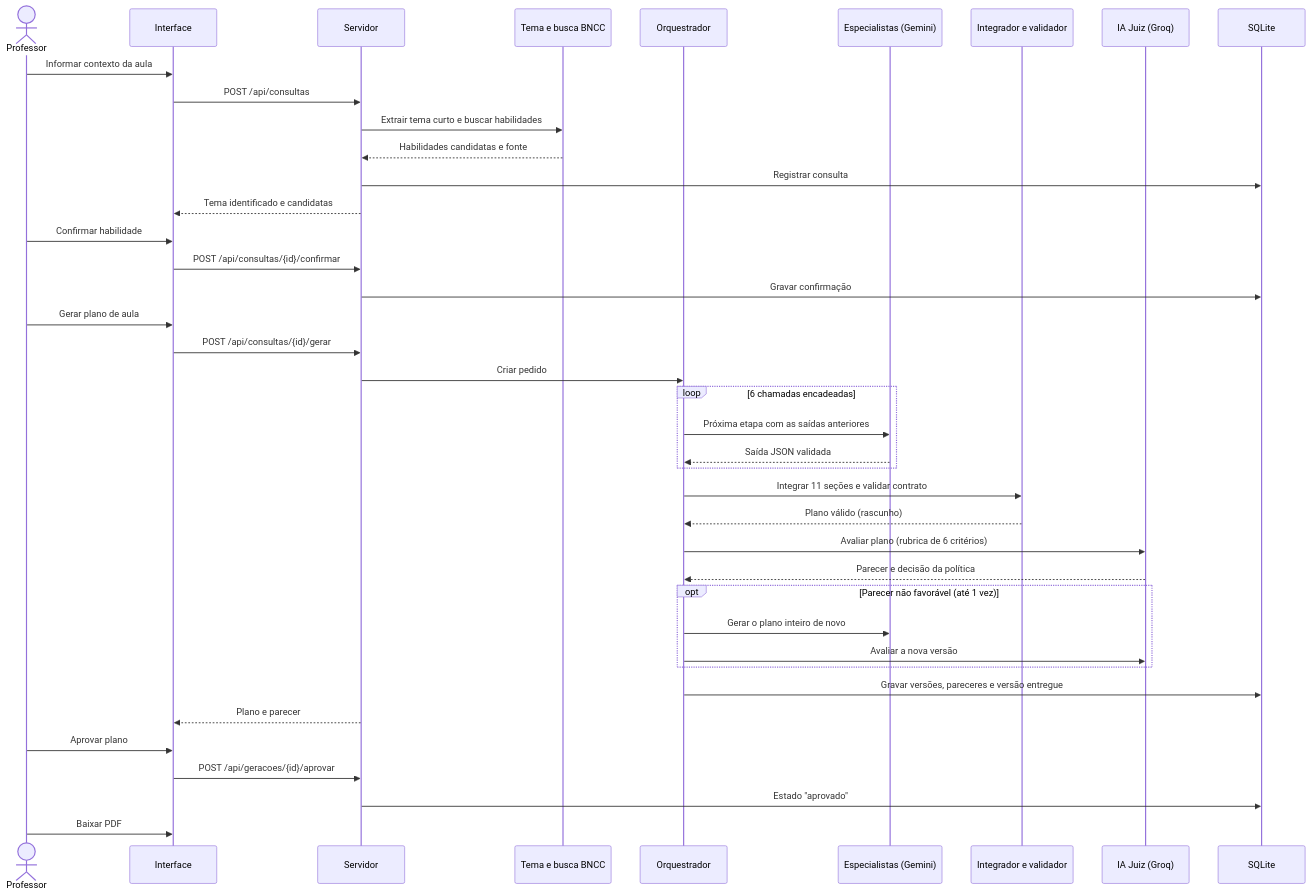
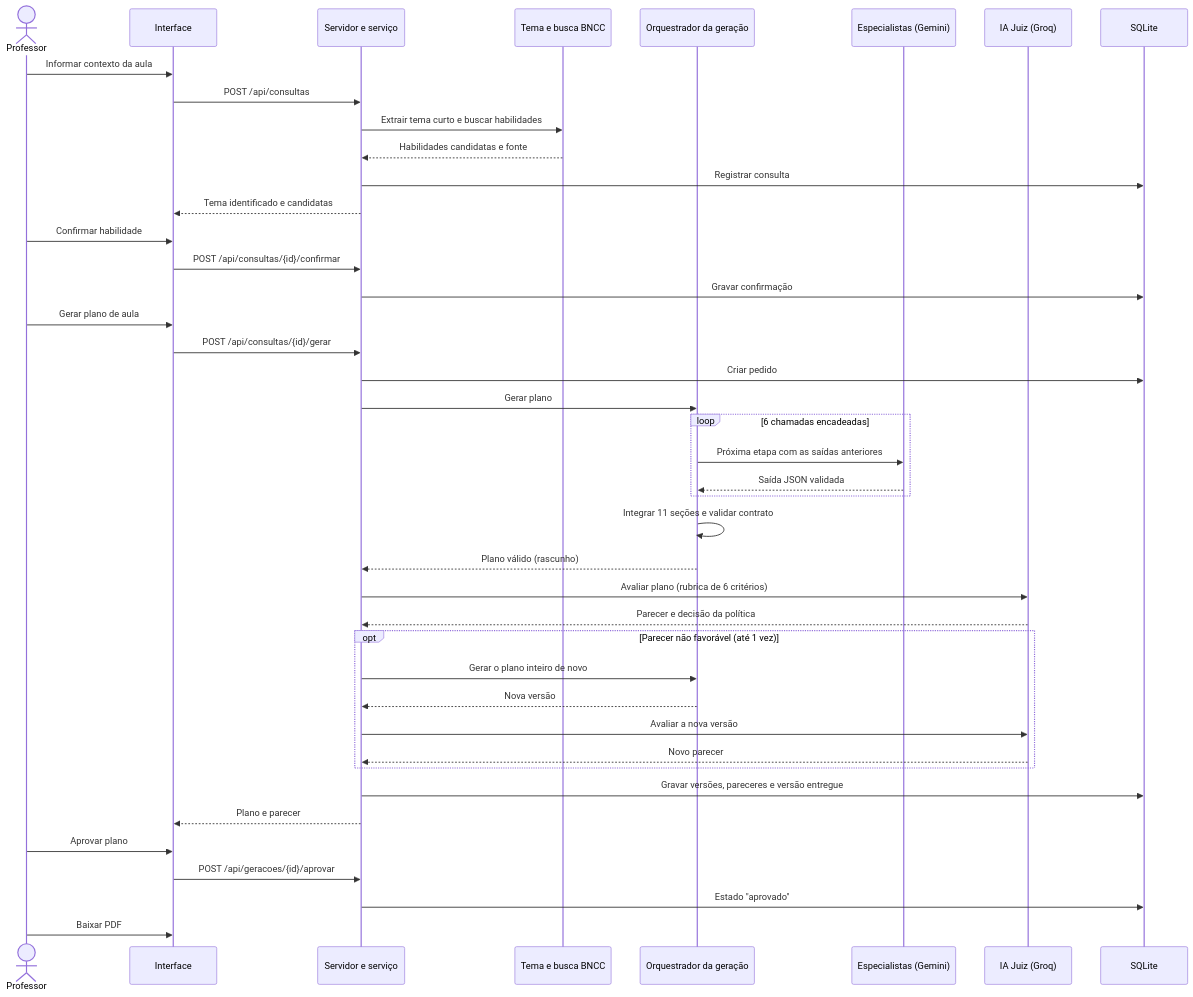
Before and after one commit to Carneiro-Joao/tcc-plataforma-multiagente: the diagram in docs/diagramas/final/sequencia.mmd, drawn with Mermaid. The commit also changed 3 other files, not shown here.

First line of the commit message:
docs(diagramas): sequencia com servico chamando a IA Juiz, coerente com o codigo e o diagrama de componentes

```diff
--- a/docs/diagramas/final/sequencia.mmd
+++ b/docs/diagramas/final/sequencia.mmd
@@ -1,40 +1,42 @@
 sequenceDiagram
     actor P as Professor
     participant UI as Interface
-    participant API as Servidor
+    participant SV as Servidor e serviço
     participant BUS as Tema e busca BNCC
-    participant ORQ as Orquestrador
+    participant ORQ as Orquestrador da geração
     participant ESP as Especialistas (Gemini)
-    participant VAL as Integrador e validador
     participant J as IA Juiz (Groq)
     participant DB as SQLite
     P->>UI: Informar contexto da aula
-    UI->>API: POST /api/consultas
-    API->>BUS: Extrair tema curto e buscar habilidades
-    BUS-->>API: Habilidades candidatas e fonte
-    API->>DB: Registrar consulta
-    API-->>UI: Tema identificado e candidatas
+    UI->>SV: POST /api/consultas
+    SV->>BUS: Extrair tema curto e buscar habilidades
+    BUS-->>SV: Habilidades candidatas e fonte
+    SV->>DB: Registrar consulta
+    SV-->>UI: Tema identificado e candidatas
     P->>UI: Confirmar habilidade
-    UI->>API: POST /api/consultas/{id}/confirmar
-    API->>DB: Gravar confirmação
+    UI->>SV: POST /api/consultas/{id}/confirmar
+    SV->>DB: Gravar confirmação
     P->>UI: Gerar plano de aula
-    UI->>API: POST /api/consultas/{id}/gerar
-    API->>ORQ: Criar pedido
+    UI->>SV: POST /api/consultas/{id}/gerar
+    SV->>DB: Criar pedido
+    SV->>ORQ: Gerar plano
     loop 6 chamadas encadeadas
         ORQ->>ESP: Próxima etapa com as saídas anteriores
         ESP-->>ORQ: Saída JSON validada
     end
-    ORQ->>VAL: Integrar 11 seções e validar contrato
-    VAL-->>ORQ: Plano válido (rascunho)
-    ORQ->>J: Avaliar plano (rubrica de 6 critérios)
-    J-->>ORQ: Parecer e decisão da política
+    ORQ->>ORQ: Integrar 11 seções e validar contrato
+    ORQ-->>SV: Plano válido (rascunho)
+    SV->>J: Avaliar plano (rubrica de 6 critérios)
+    J-->>SV: Parecer e decisão da política
     opt Parecer não favorável (até 1 vez)
-        ORQ->>ESP: Gerar o plano inteiro de novo
-        ORQ->>J: Avaliar a nova versão
+        SV->>ORQ: Gerar o plano inteiro de novo
+        ORQ-->>SV: Nova versão
+        SV->>J: Avaliar a nova versão
+        J-->>SV: Novo parecer
     end
-    ORQ->>DB: Gravar versões, pareceres e versão entregue
-    API-->>UI: Plano e parecer
+    SV->>DB: Gravar versões, pareceres e versão entregue
+    SV-->>UI: Plano e parecer
     P->>UI: Aprovar plano
-    UI->>API: POST /api/geracoes/{id}/aprovar
-    API->>DB: Estado "aprovado"
+    UI->>SV: POST /api/geracoes/{id}/aprovar
+    SV->>DB: Estado "aprovado"
     P->>UI: Baixar PDF
```
